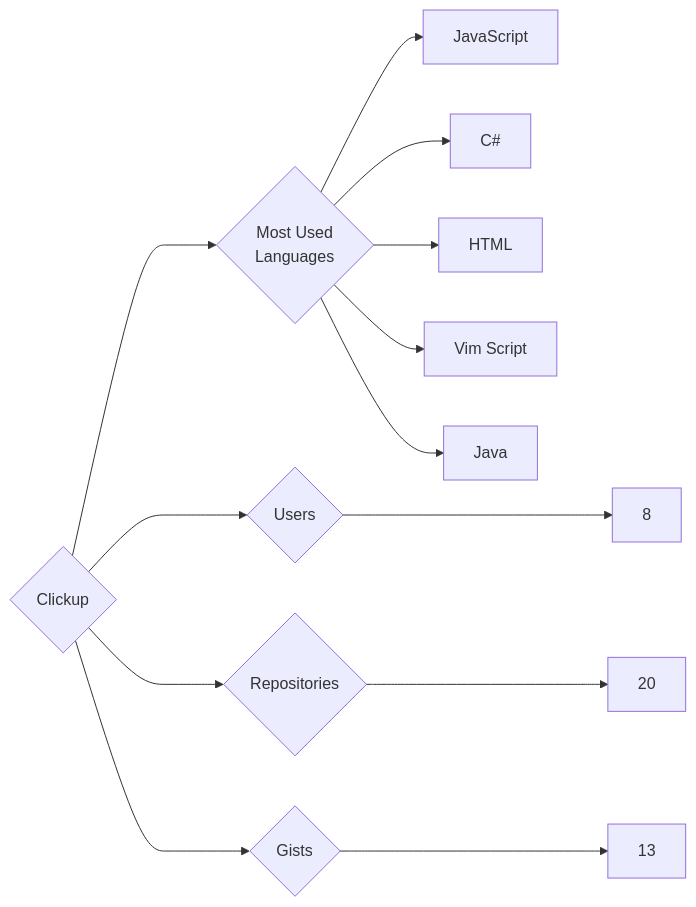
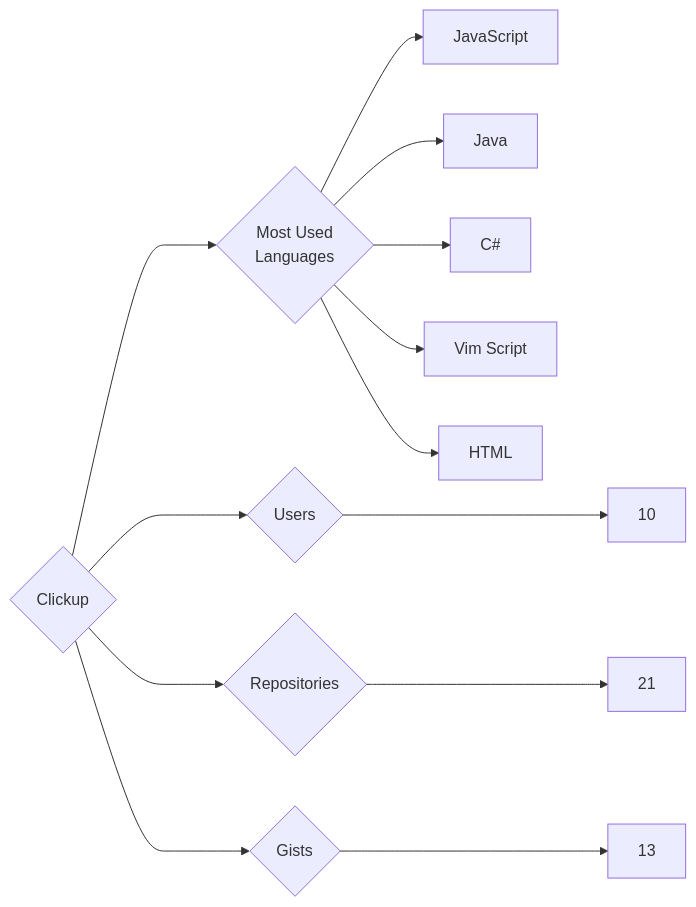
The diagram in targets/Clickup/README.md (trickest/insiders), drawn with Mermaid before and after one commit. The commit also changed 1195 other files, not shown here.

````diff
--- a/targets/Clickup/README.md
+++ b/targets/Clickup/README.md
@@ -3,13 +3,13 @@
 ```mermaid
 graph LR
 COMPANY_NAME{Clickup}
-COMPANY_NAME ---> U{Users} ---> UN[8]
-COMPANY_NAME ---> R{Repositories} ---> RN[20]
+COMPANY_NAME ---> U{Users} ---> UN[10]
+COMPANY_NAME ---> R{Repositories} ---> RN[21]
 COMPANY_NAME ---> G{Gists} ---> GN[13]
 COMPANY_NAME ---> ML{Most Used<br>Languages}
 ML --> JavaScript[JavaScript]
+ML --> Java[Java]
 ML --> C#[C#]
+ML --> Vim_Script[Vim Script]
 ML --> HTML[HTML]
-ML --> Vim_Script[Vim Script]
-ML --> Java[Java]
 ```
````
